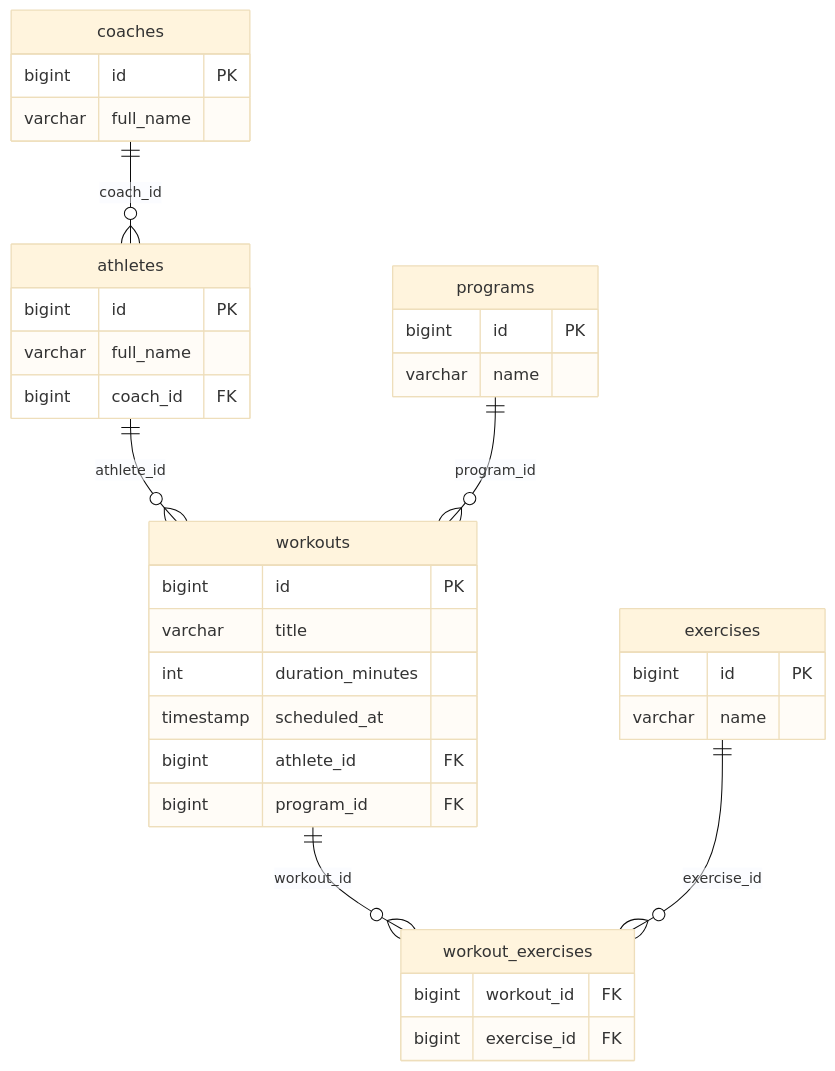
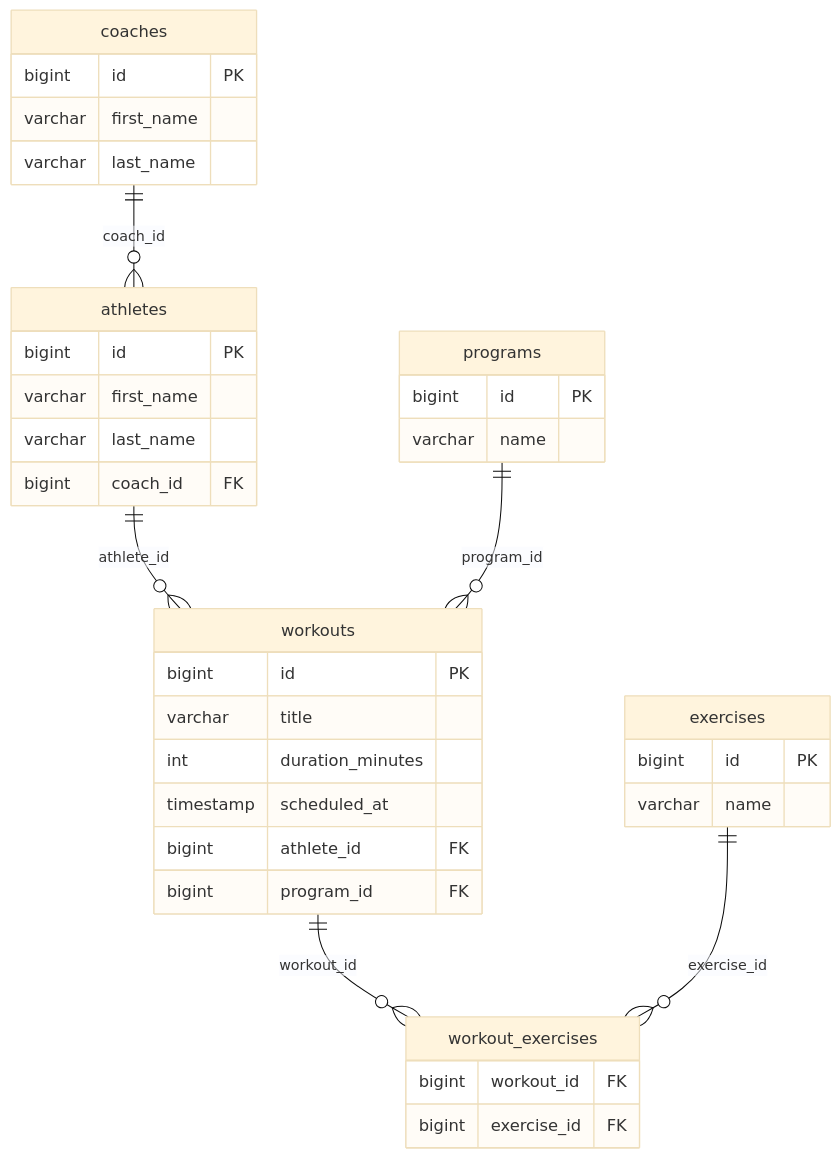
The diagram in README.md (SashaSkubilov/Traning_project), drawn with Mermaid (base theme) before and after one commit. The commit also changed 18 other files, not shown here.

````diff
--- a/README.md
+++ b/README.md
@@ -28,43 +28,45 @@
 ```mermaid
 erDiagram
     coaches ||--o{ athletes : "coach_id"
     athletes ||--o{ workouts : "athlete_id"
     programs ||--o{ workouts : "program_id"
     workouts ||--o{ workout_exercises : "workout_id"
     exercises ||--o{ workout_exercises : "exercise_id"
 
     coaches {
         bigint id PK
-        varchar full_name
+        varchar first_name
+        varchar last_name
     }
 
     athletes {
         bigint id PK
-        varchar full_name
+        varchar first_name
+        varchar last_name
         bigint coach_id FK
     }
 
     programs {
         bigint id PK
         varchar name
     }
 
     workouts {
         bigint id PK
         varchar title
         int duration_minutes
         timestamp scheduled_at
         bigint athlete_id FK
         bigint program_id FK
     }
 
     exercises {
         bigint id PK
         varchar name
     }
 
     workout_exercises {
         bigint workout_id FK
         bigint exercise_id FK
     }
    ```
````
